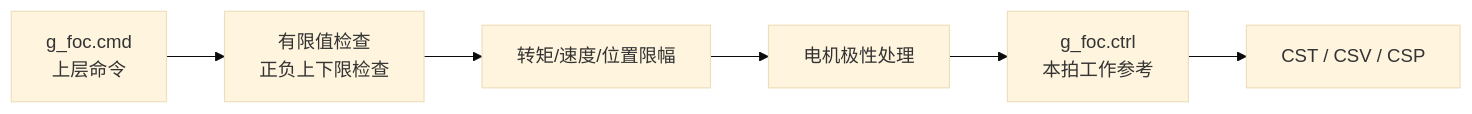
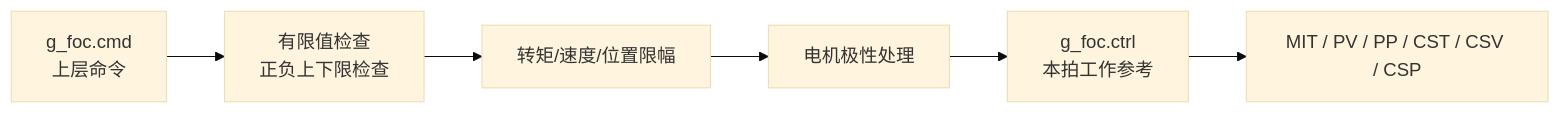
The sixth of 8 diagrams in 文档/架构重构/08_完整代码框架状态机与算法详解.md (HHHyuan111/AxDr_L), drawn with Mermaid (base theme) before and after one commit. The commit also changed other lines of this file and 29 other files, not shown here.

````diff
--- a/文档/架构重构/08_完整代码框架状态机与算法详解.md
+++ b/文档/架构重构/08_完整代码框架状态机与算法详解.md
@@ -661,8 +668,8 @@
 ```mermaid
 flowchart LR
     CMD[g_foc.cmd<br/>上层命令] --> CHECK[有限值检查<br/>正负上下限检查]
     CHECK --> LIMIT[转矩/速度/位置限幅]
     LIMIT --> POL[电机极性处理]
     POL --> CTRL[g_foc.ctrl<br/>本拍工作参考]
-    CTRL --> MODE[CST / CSV / CSP]
+    CTRL --> MODE[MIT / PV / PP / CST / CSV / CSP]
 ```
````
